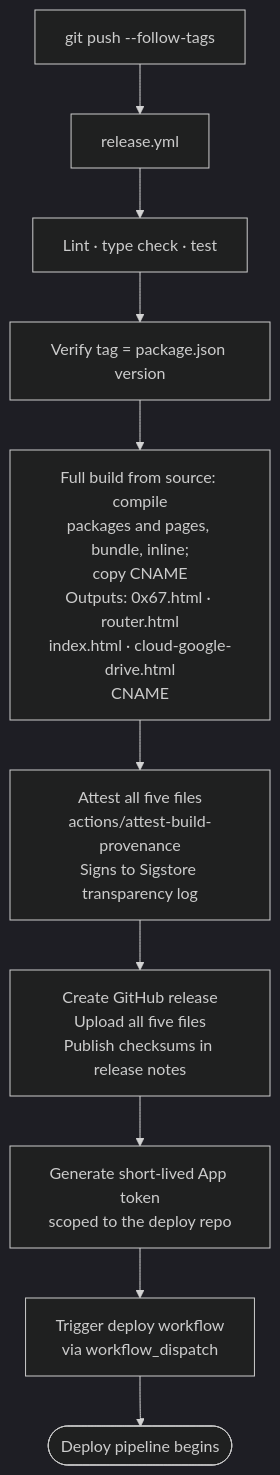
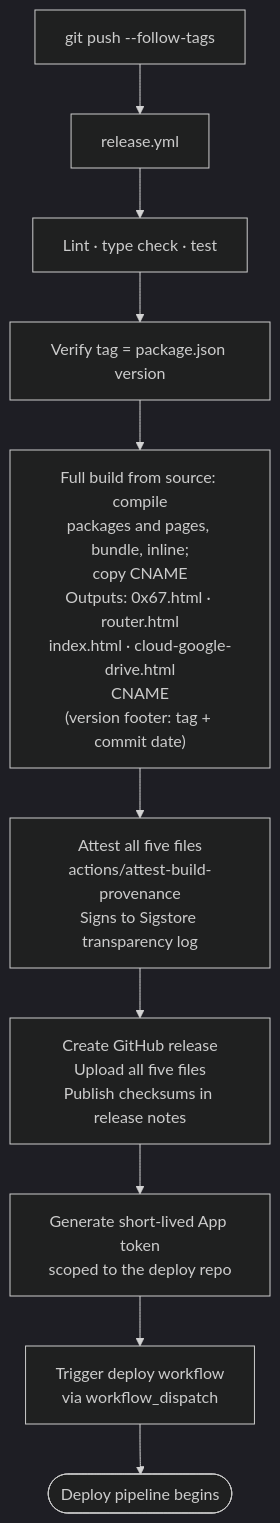
One commit to keepass-web/source-application changed the third of 4 diagrams in docs/PIPELINE.md. Above: the diagram before and after it, drawn with Mermaid (dark theme). The commit also changed other lines of this file and 15 other files, not shown here.

Commit message:
feat(build):show build version on distributables

````diff
--- a/docs/PIPELINE.md
+++ b/docs/PIPELINE.md
@@ -95,13 +96,13 @@
 ```mermaid
 flowchart TD
     TAG["git push --follow-tags"]
     TAG --> AREL["release.yml"]
     AREL --> CI3["Lint · type check · test"]
     CI3 --> VER2["Verify tag = package.json version"]
-    VER2 --> BUILD["Full build from source: compile\npackages and pages, bundle, inline;\ncopy CNAME\nOutputs: 0x67.html · router.html\nindex.html · cloud-google-drive.html\nCNAME"]
+    VER2 --> BUILD["Full build from source: compile\npackages and pages, bundle, inline;\ncopy CNAME\nOutputs: 0x67.html · router.html\nindex.html · cloud-google-drive.html\nCNAME\n(version footer: tag + commit date)"]
     BUILD --> ATTEST["Attest all five files\nactions/attest-build-provenance\nSigns to Sigstore transparency log"]
     ATTEST --> GHREL["Create GitHub release\nUpload all five files\nPublish checksums in release notes"]
     GHREL --> TOKEN["Generate short-lived App token\nscoped to the deploy repo"]
     TOKEN --> TRIG["Trigger deploy workflow\nvia workflow_dispatch"]
     TRIG --> DEPLOY(["Deploy pipeline begins"])
 ```
````
